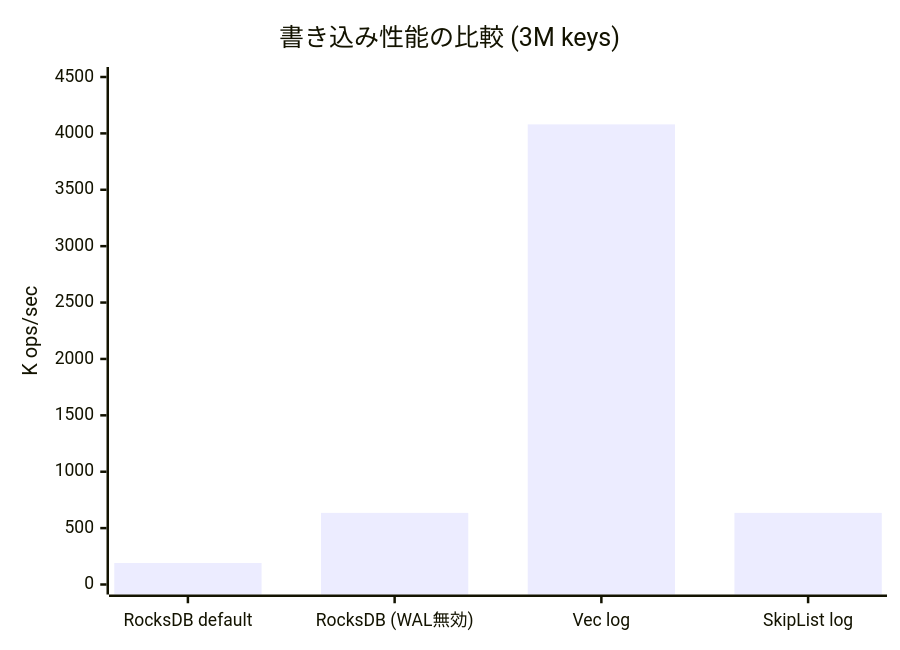
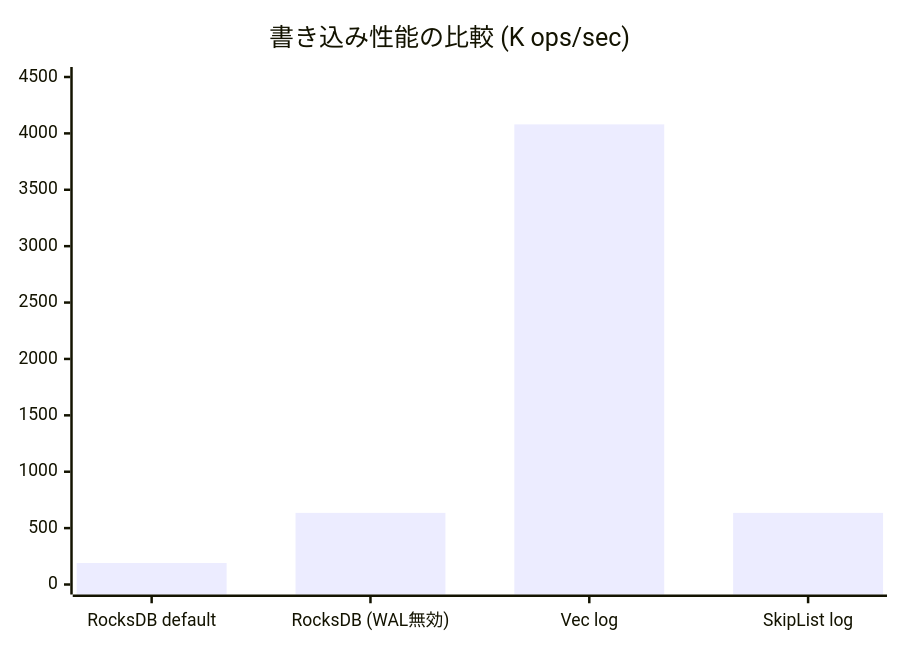
The diagram in src/content/posts/exploring-lsm-tree-write-performance.md (hmarui66/hmarui66.github.io), drawn with Mermaid before and after one commit.

Commit message:
exploring-lsm-tree-write-performance.md の更新

````diff
--- a/src/content/posts/exploring-lsm-tree-write-performance.md
+++ b/src/content/posts/exploring-lsm-tree-write-performance.md
@@ -382,7 +382,7 @@
 ```mermaid
 xychart-beta
-    title "書き込み性能の比較 (3M keys)"
+    title "書き込み性能の比較 (K ops/sec)"
     x-axis ["RocksDB default", "RocksDB (WAL無効)", "Vec log", "SkipList log"]
-    y-axis "K ops/sec" 0 --> 4500
+    y-axis "" 0 --> 4500
     bar [191, 635, 4080, 635]
 ```
````
